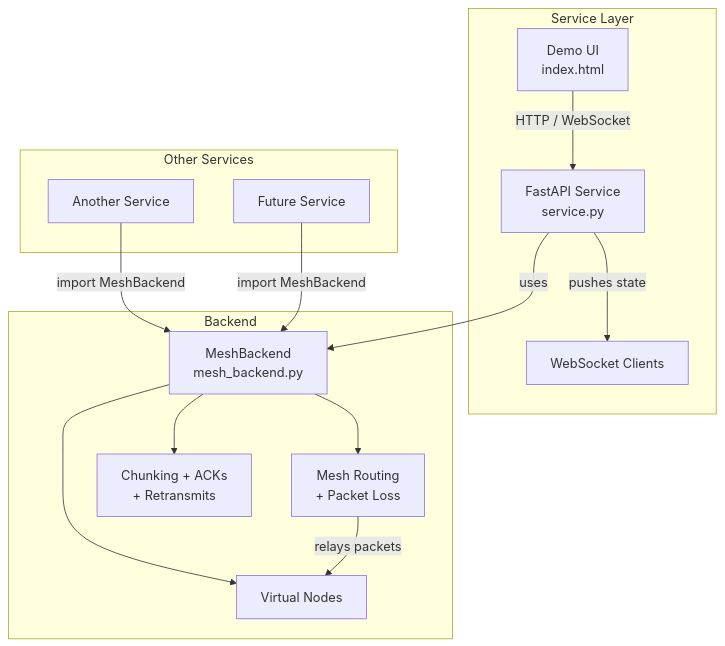
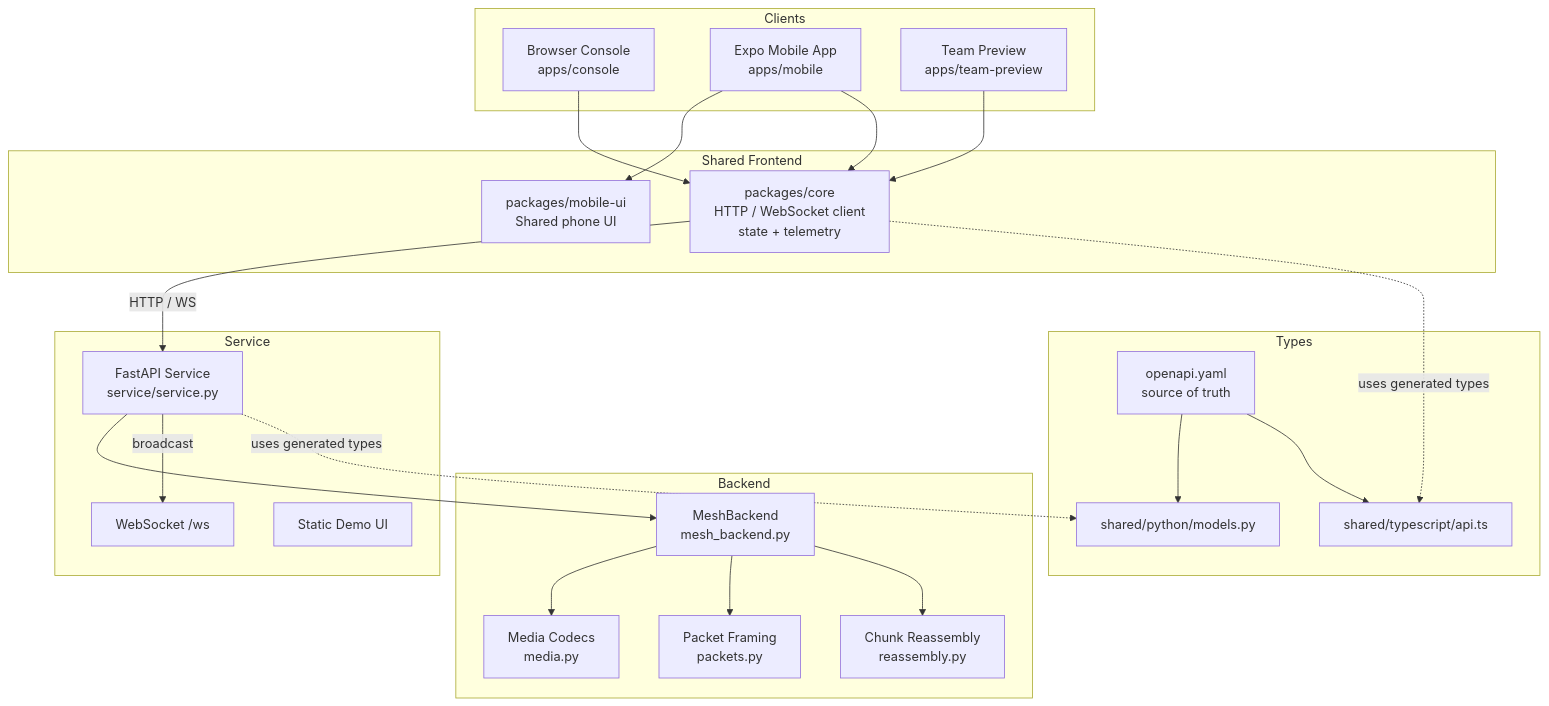
The diagram in README.md (basith-md/TeamWater), drawn with Mermaid before and after one commit.

Commit message:
Update Mermaid architecture diagram to match current monorepo
Reflects apps/ (console, mobile, team-preview), packages/ (core, mobile-ui),
backend modules (media, packets, reassembly), and OpenAPI shared types.

````diff
--- a/README.md
+++ b/README.md
@@ -31,30 +31,47 @@
 ```mermaid
 flowchart TD
-    subgraph Other Services
-        S1[Another Service]
-        S2[Future Service]
+    subgraph Clients
+        Console[Browser Console<br/>apps/console]
+        Mobile[Expo Mobile App<br/>apps/mobile]
+        Preview[Team Preview<br/>apps/team-preview]
     end
 
-    subgraph Service Layer
-        API[FastAPI Service<br/>service.py]
-        WS[WebSocket Clients]
-        UI[Demo UI<br/>index.html]
+    subgraph Shared Frontend
+        Core[packages/core<br/>HTTP / WebSocket client<br/>state + telemetry]
+        MobileUI[packages/mobile-ui<br/>Shared phone UI]
+    end
+
+    subgraph Service
+        API[FastAPI Service<br/>service/service.py]
+        WS[WebSocket /ws]
+        Static[Static Demo UI]
     end
 
     subgraph Backend
         MB[MeshBackend<br/>mesh_backend.py]
-        Nodes[Virtual Nodes]
-        Mesh[Mesh Routing<br/>+ Packet Loss]
-        Reliability[Chunking + ACKs<br/>+ Retransmits]
+        Media[Media Codecs<br/>media.py]
+        Packets[Packet Framing<br/>packets.py]
+        Reassembly[Chunk Reassembly<br/>reassembly.py]
     end
 
-    S1 -->|import MeshBackend| MB
-    S2 -->|import MeshBackend| MB
-    UI -->|HTTP / WebSocket| API
-    API -->|uses| MB
-    API -->|pushes state| WS
-    MB --> Nodes
-    MB --> Mesh
-    MB --> Reliability
-    Mesh -->|relays packets| Nodes
+    subgraph Types
+        OpenAPI[openapi.yaml<br/>source of truth]
+        SharedPy[shared/python/models.py]
+        SharedTs[shared/typescript/api.ts]
+    end
+
+    Console --> Core
+    Mobile --> MobileUI
+    Mobile --> Core
+    Preview --> Core
+    Core -->|HTTP / WS| API
+    API --> MB
+    API -->|broadcast| WS
+    MB --> Media
+    MB --> Packets
+    MB --> Reassembly
+    OpenAPI --> SharedPy
+    OpenAPI --> SharedTs
+    Core -.->|uses generated types| SharedTs
+    API -.->|uses generated types| SharedPy
 ```
````
